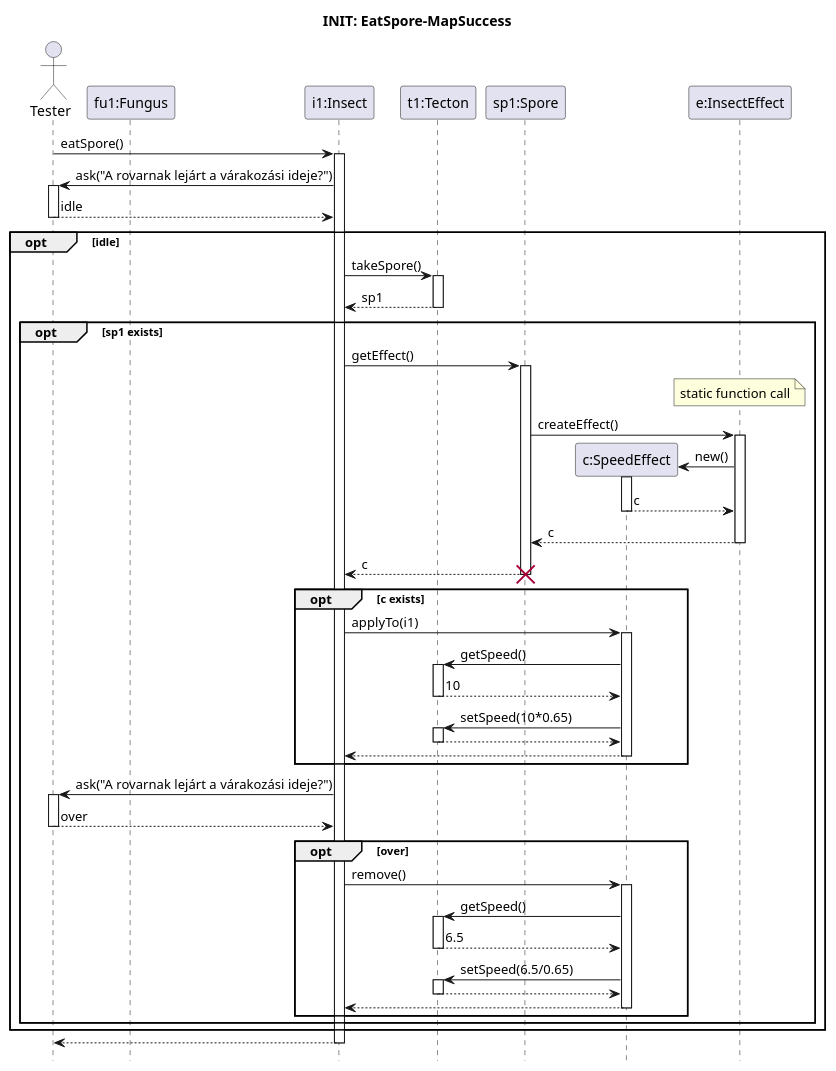
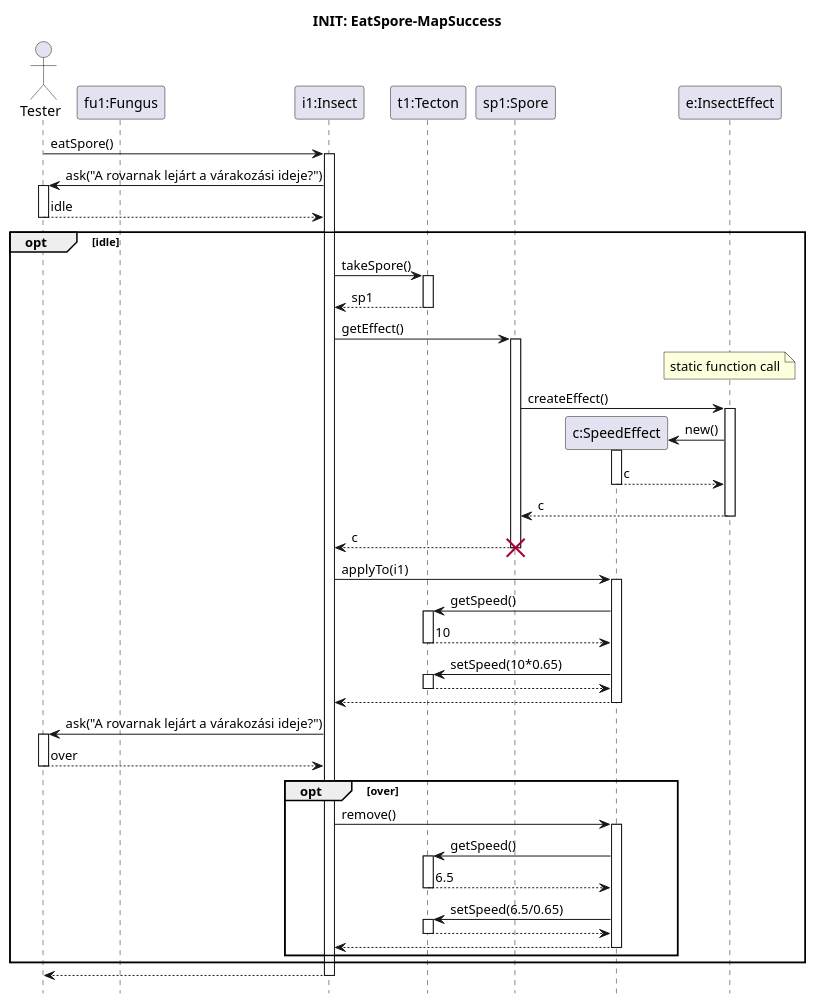
Before and after one commit to ZD4ve/projlab-error521: the diagram in Skeleton/Eat-spore/get-speedeffect.pu, drawn with PlantUML. The commit also changed 3 other files, not shown here.

```diff
--- a/Skeleton/Eat-spore/get-speedeffect.pu
+++ b/Skeleton/Eat-spore/get-speedeffect.pu
@@ -1,84 +1,80 @@
 @startuml Eat-spore/get-get-speedeffect
 hide footbox
 
 title INIT: EatSpore-MapSuccess
 
 actor Tester as S
 
 participant "fu1:Fungus" as fu1
 participant "i1:Insect" as i1
 participant "t1:Tecton" as t1
 participant "sp1:Spore" as sp1
 participant "c:SpeedEffect" as c
 participant "e:InsectEffect" as e
 
 S -> i1 : eatSpore()
 activate i1
 
 S <- i1 : ask("A rovarnak lejárt a várakozási ideje?")
 activate S
 return idle
 
 opt idle
     i1 -> t1 : takeSpore()
     activate t1
 
     return sp1
 
-    opt sp1 exists
-        i1 -> sp1 : getEffect()
-        note over e : static function call
-        activate sp1
+    i1 -> sp1 : getEffect()
+    note over e : static function call
+    activate sp1
 
-        sp1 -> e : createEffect()
-        
-        activate e
-        
-        create c
-        e -> c : new()
+    sp1 -> e : createEffect()
+    
+    activate e
+    
+    create c
+    e -> c : new()
+    activate c
+
+    return c
+
+    return c
+    return c
+    destroy sp1
+
+    i1 -> c : applyTo(i1)
+    activate c
+    c -> t1 : getSpeed()
+    activate t1
+    return 10
+
+    c -> t1 : setSpeed(10*0.65)
+    activate t1
+    return
+
+    return
+    
+    i1 -> S : ask("A rovarnak lejárt a várakozási ideje?")
+    activate S
+    return over
+
+    opt over
+        i1 -> c : remove()
         activate c
 
-        return c
+        c -> t1 : getSpeed()
+        activate t1
+        return 6.5
 
-        return c
-        return c
-        destroy sp1
+        c -> t1 : setSpeed(6.5/0.65)
+        activate t1
+        return
 
-        opt c exists
-            i1 -> c : applyTo(i1)
-            activate c
-            c -> t1 : getSpeed()
-            activate t1
-            return 10
-
-            c -> t1 : setSpeed(10*0.65)
-            activate t1
-            return
-
-            return
-        end
-        i1 -> S : ask("A rovarnak lejárt a várakozási ideje?")
-        activate S
-        return over
-
-        opt over
-            i1 -> c : remove()
-            activate c
-
-            c -> t1 : getSpeed()
-            activate t1
-            return 6.5
-
-            c -> t1 : setSpeed(6.5/0.65)
-            activate t1
-            return
-
-            return    
-        end
-
+        return    
     end
 end
 
 return
 
 @enduml
```
